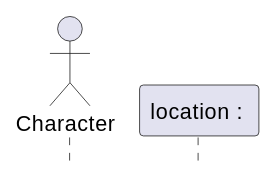
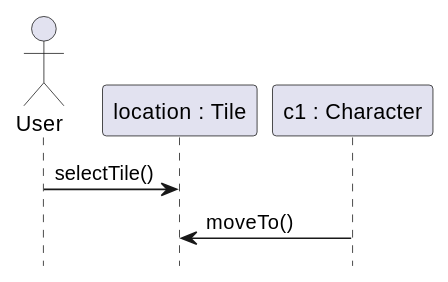
Before and after one commit to dgoldman30/Dungeon_Crawler: the third of 4 diagrams in doc/design.md, drawn with PlantUML. The commit also changed other lines of this file, not shown here.

Commit message:
move and map diagrams

````diff
--- a/doc/design.md
+++ b/doc/design.md
@@ -107,10 +107,16 @@
 ```plantuml
 @startuml
 
 hide footbox
 
-actor Character
-participant "location : "
+actor User
+participant "location : Tile" as loc
+participant "c1 : Character" as char
+
+User -> loc : selectTile()
+char -> loc : moveTo()
+
+
 
 @enduml
 ```
````
